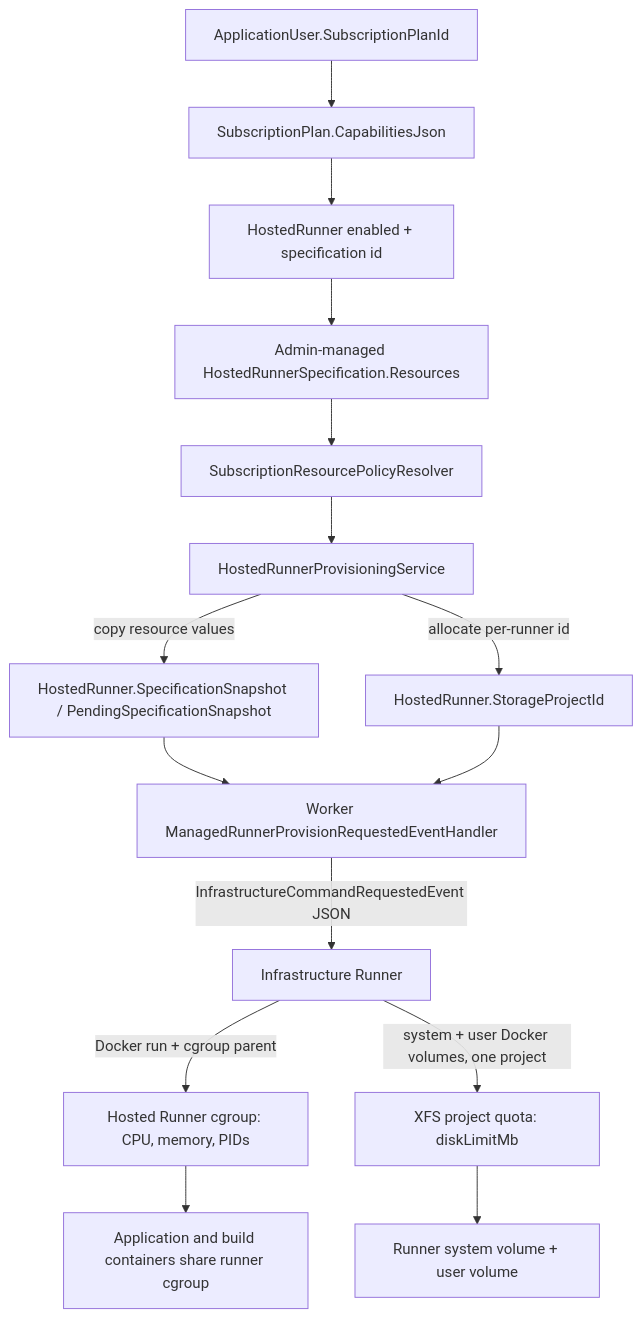
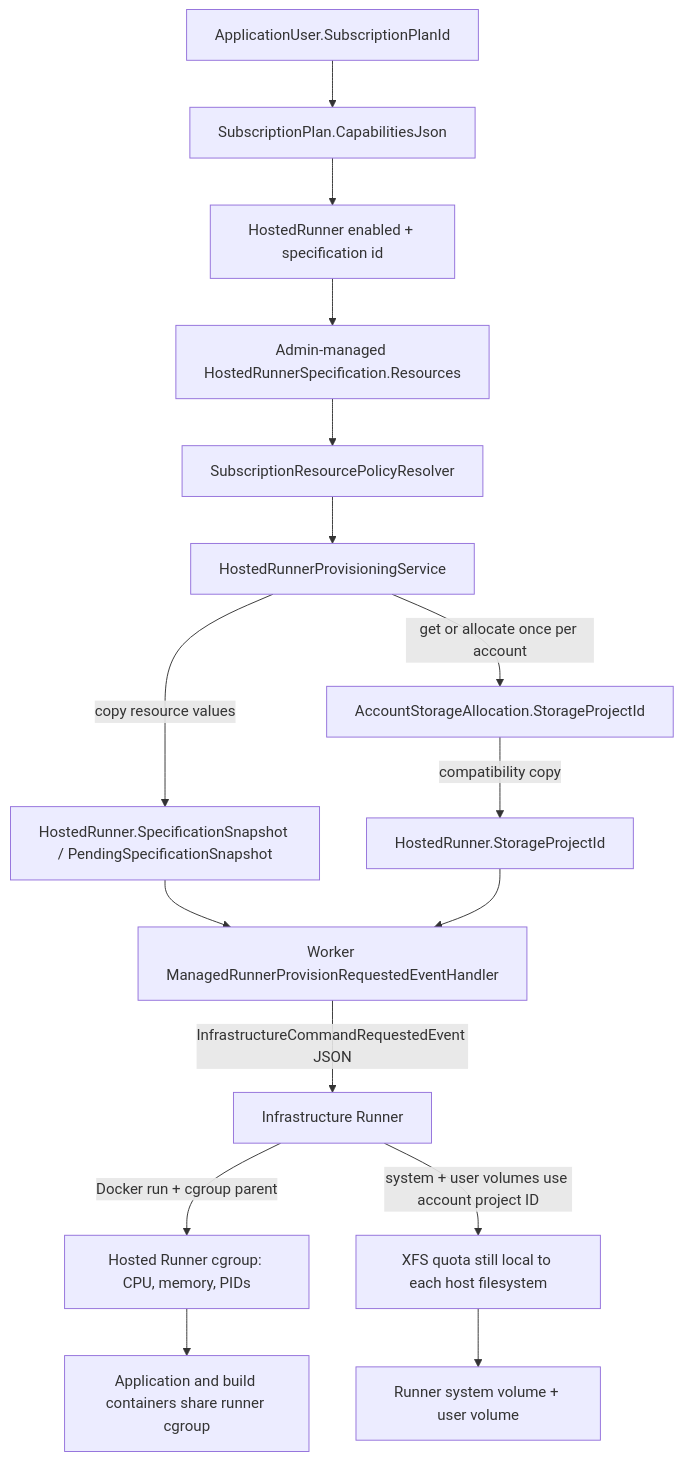
One commit to rzvdaniel/automaton changed the diagram in docs/architecture/subscription-resource-policy-audit.md. Above: the diagram before and after it, drawn with Mermaid. The commit also changed other lines of this file and 15 other files, not shown here.

Commit message:
Move hosted runner storage identity to account scope

````diff
--- a/docs/architecture/subscription-resource-policy-audit.md
+++ b/docs/architecture/subscription-resource-policy-audit.md
@@ -15,17 +15,18 @@
 ```mermaid
 flowchart TD
     U[ApplicationUser.SubscriptionPlanId] --> P[SubscriptionPlan.CapabilitiesJson]
     P --> C[HostedRunner enabled + specification id]
     C --> S[Admin-managed HostedRunnerSpecification.Resources]
     S --> PR[SubscriptionResourcePolicyResolver]
     PR --> R[HostedRunnerProvisioningService]
     R -->|copy resource values| HS[HostedRunner.SpecificationSnapshot / PendingSpecificationSnapshot]
-    R -->|allocate per-runner id| SP[HostedRunner.StorageProjectId]
+    R -->|get or allocate once per account| A[AccountStorageAllocation.StorageProjectId]
+    A -->|compatibility copy| SP[HostedRunner.StorageProjectId]
     HS --> W[Worker ManagedRunnerProvisionRequestedEventHandler]
     SP --> W
     W -->|InfrastructureCommandRequestedEvent JSON| IR[Infrastructure Runner]
     IR -->|Docker run + cgroup parent| CG[Hosted Runner cgroup: CPU, memory, PIDs]
-    IR -->|system + user Docker volumes, one project| XFS[XFS project quota: diskLimitMb]
+    IR -->|system + user volumes use account project ID| XFS[XFS quota still local to each host filesystem]
     CG --> APP[Application and build containers share runner cgroup]
     XFS --> VOL[Runner system volume + user volume]
 ```
````
